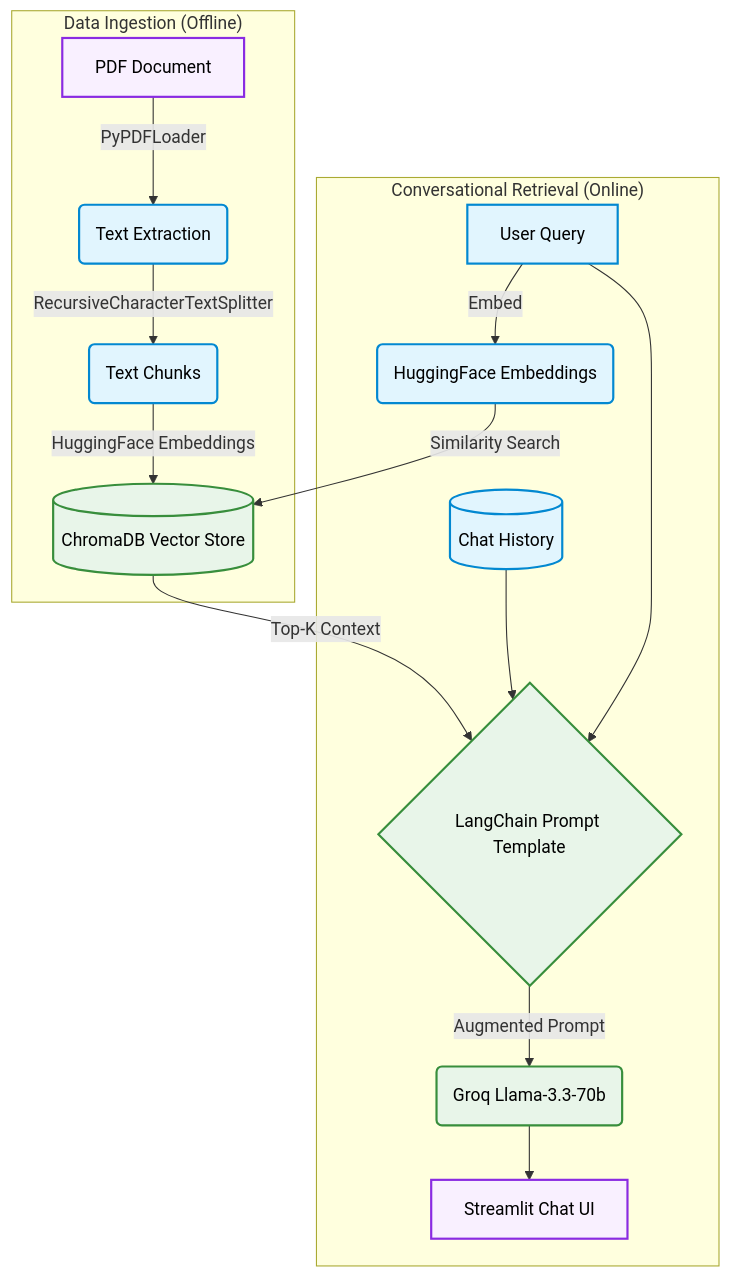
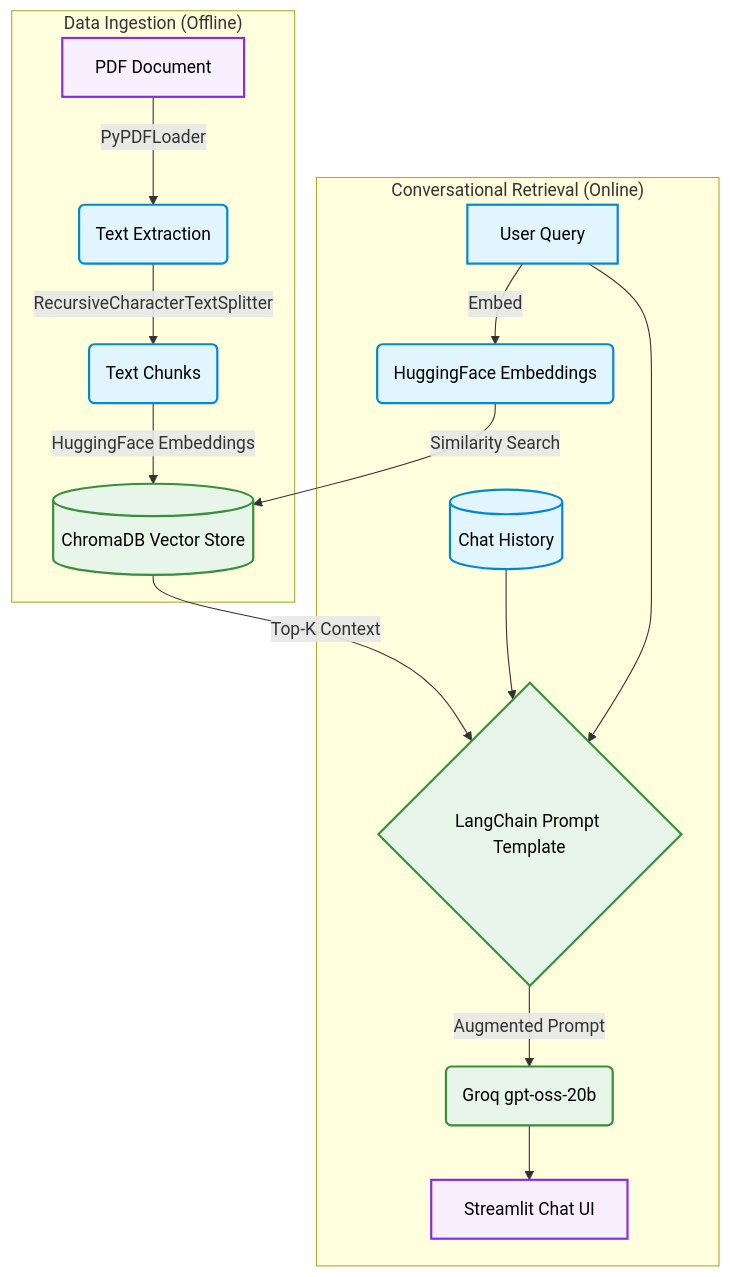
The diagram in README.md (Shashank17singh/Conversational-RAG-Chatbot), drawn with Mermaid before and after one commit. The commit also changed other lines of this file, not shown here.

Commit message:
update readme to reflect use of openai/gpt-oss-20b

````diff
--- a/README.md
+++ b/README.md
@@ -29,26 +29,26 @@
 ```mermaid
 graph TD
     subgraph "Data Ingestion (Offline)"
     A[PDF Document] -->|PyPDFLoader| B(Text Extraction)
     B -->|RecursiveCharacterTextSplitter| C(Text Chunks)
     C -->|HuggingFace Embeddings| D[(ChromaDB Vector Store)]
     end
     
     subgraph "Conversational Retrieval (Online)"
     E[User Query] -->|Embed| F(HuggingFace Embeddings)
     F -->|Similarity Search| D
     D -->|Top-K Context| G{LangChain Prompt Template}
     H[(Chat History)] --> G
     E --> G
-    G -->|Augmented Prompt| I(Groq Llama-3.3-70b)
+    G -->|Augmented Prompt| I(Groq gpt-oss-20b)
     I --> J[Streamlit Chat UI]
     end
     
     classDef io fill:#f9f0ff,stroke:#8a2be2,stroke-width:2px,color:#000;
     classDef core fill:#e1f5fe,stroke:#0288d1,stroke-width:2px,color:#000;
     classDef logic fill:#e8f5e9,stroke:#388e3c,stroke-width:2px,color:#000;
     
     class A,J io;
     class B,C,E,F,H core;
     class D,G,I logic;
 ```
````
